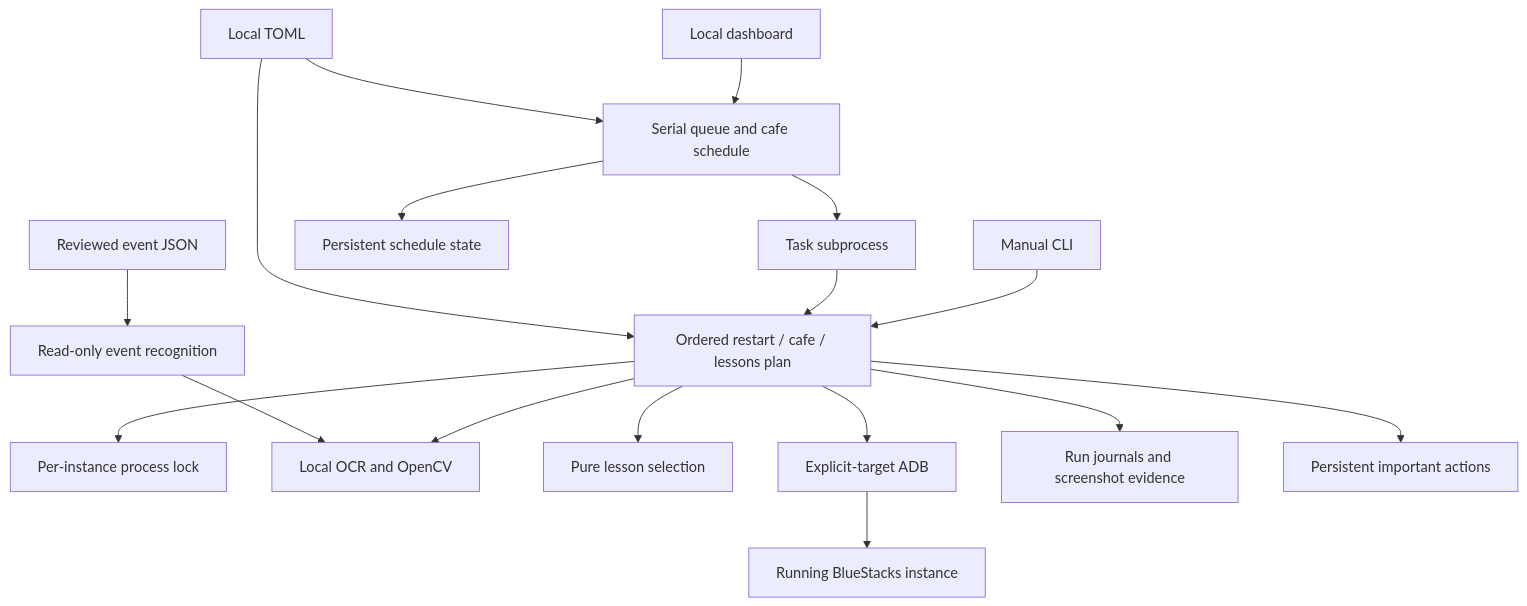
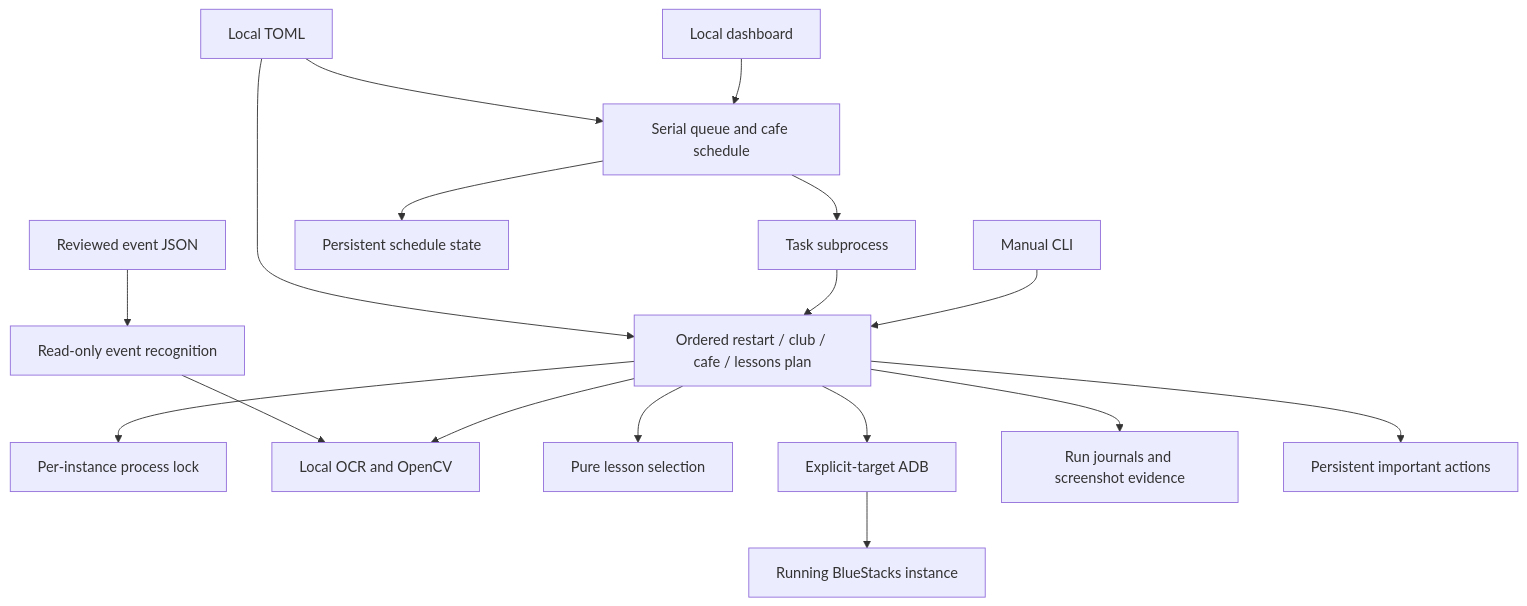
Before and after one commit to davidmwest/blue-archive-automator: the diagram in docs/architecture.md, drawn with Mermaid. The commit also changed other lines of this file and 15 other files, not shown here.

````diff
--- a/docs/architecture.md
+++ b/docs/architecture.md
@@ -15,19 +15,19 @@
 ```mermaid
 flowchart TD
     UI[Local dashboard] --> Server[Serial queue and cafe schedule]
     Server --> CLI[Task subprocess]
-    Manual[Manual CLI] --> Tasks[Ordered restart / cafe / lessons plan]
+    Manual[Manual CLI] --> Tasks[Ordered restart / club / cafe / lessons plan]
     CLI --> Tasks
     Config[Local TOML] --> Server
     Config --> Tasks
     Tasks --> Lock[Per-instance process lock]
     Tasks --> Vision[Local OCR and OpenCV]
     Tasks --> Planner[Pure lesson selection]
     Tasks --> ADB[Explicit-target ADB]
     ADB --> Game[Running BlueStacks instance]
     Tasks --> Trace[Run journals and screenshot evidence]
     Tasks --> Actions[Persistent important actions]
     Server --> Schedule[Persistent schedule state]
     Profiles[Reviewed event JSON] --> Recognition[Read-only event recognition]
     Recognition --> Vision
 ```
````
